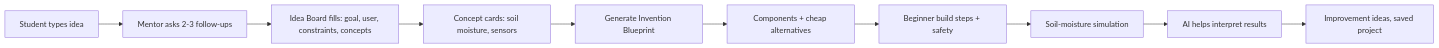
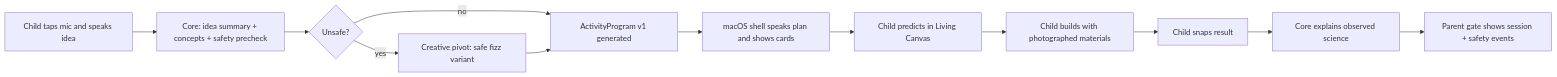
The diagram in PRD.md (MrEGAMERZ/Curioforge), drawn with Mermaid before and after one commit. The commit also changed other lines of this file and 63 other files, not shown here.

Commit message:
feat: build full CurioForge macOS desktop app with multilingual voice tutor and interactive living canvas

````diff
--- a/PRD.md
+++ b/PRD.md
@@ -78,12 +87,14 @@
 ```mermaid
 flowchart LR
-  A[Student types idea] --> B[Mentor asks 2-3 follow-ups]
-  B --> C[Idea Board fills: goal, user, constraints, concepts]
-  C --> D[Concept cards: soil moisture, sensors]
-  D --> E[Generate Invention Blueprint]
-  E --> F[Components + cheap alternatives]
-  F --> G[Beginner build steps + safety]
-  G --> H[Soil-moisture simulation]
-  H --> I[AI helps interpret results]
-  I --> J[Improvement ideas, saved project]
+  A[Child taps mic and speaks idea] --> B[Core: idea summary + concepts + safety precheck]
+  B --> C{Unsafe?}
+  C -- yes --> D[Creative pivot: safe fizz variant]
+  C -- no --> E[ActivityProgram v1 generated]
+  D --> E
+  E --> F[macOS shell speaks plan and shows cards]
+  F --> G[Child predicts in Living Canvas]
+  G --> H[Child builds with photographed materials]
+  H --> I[Child snaps result]
+  I --> J[Core explains observed science]
+  J --> K[Parent gate shows session + safety events]
 ```
````
